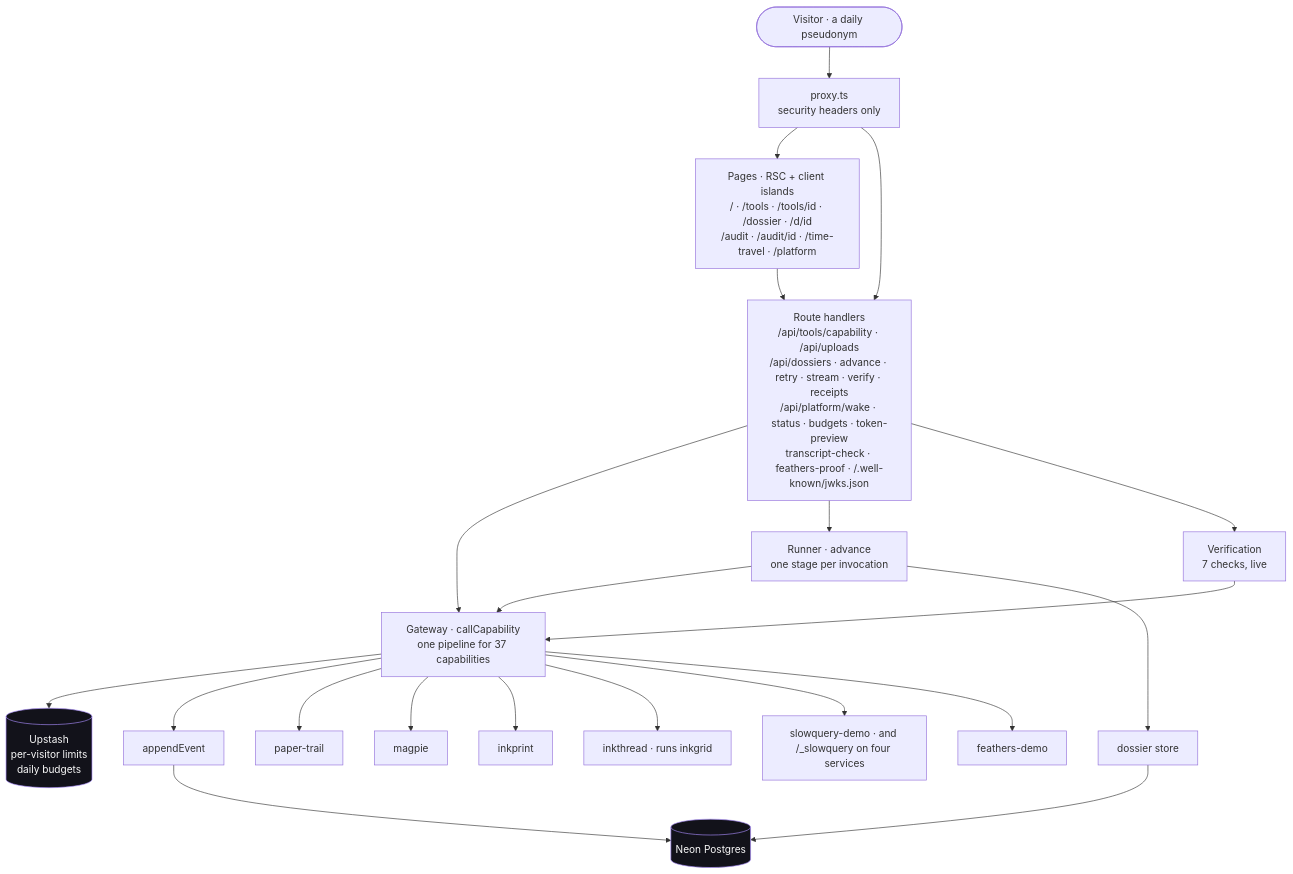
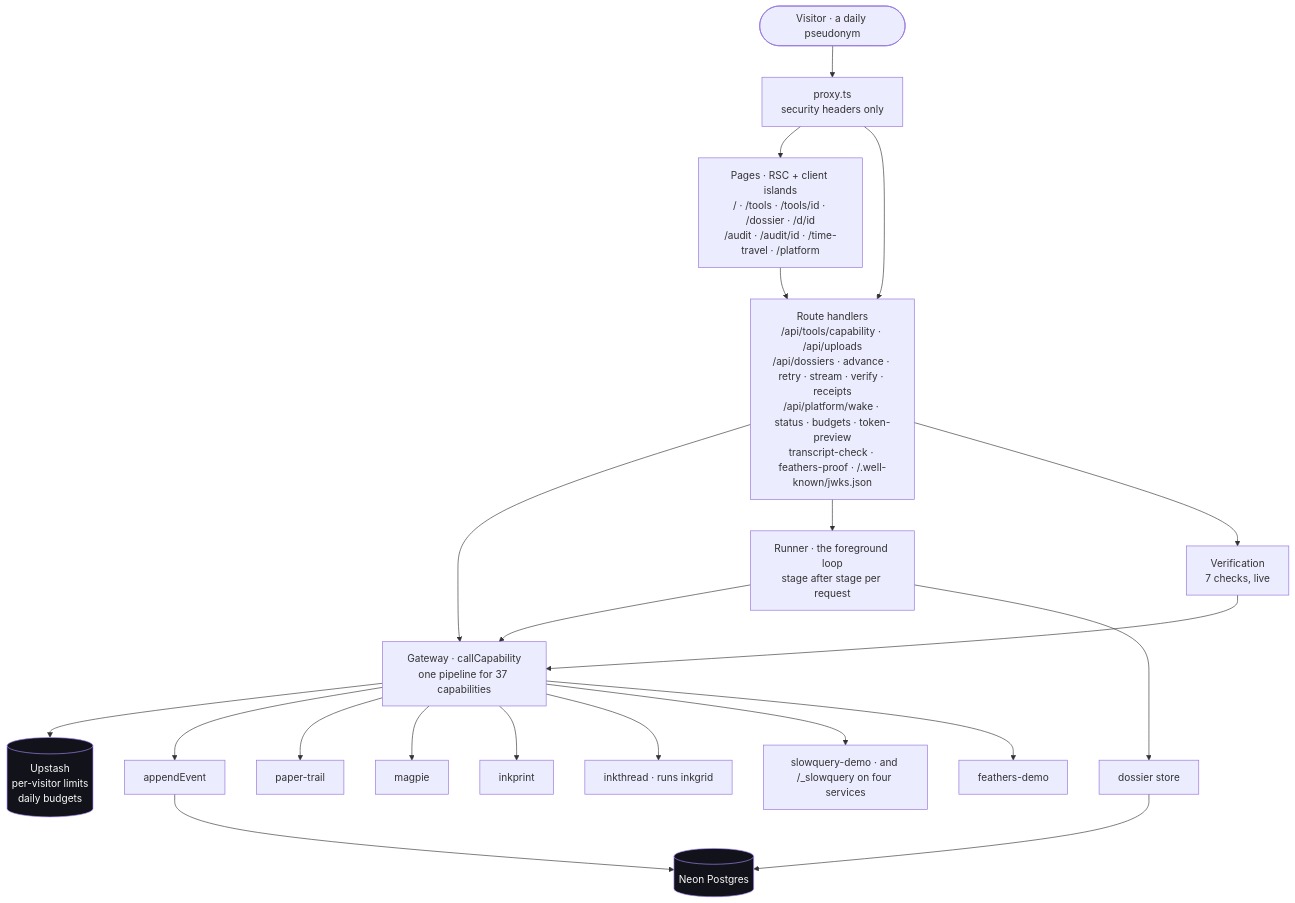
One commit to Abdul-Muizz1310/bastion changed the first of 5 diagrams in docs/ARCHITECTURE.md. Above: the diagram before and after it, drawn with Mermaid. The commit also changed other lines of this file and 2 other files, not shown here.

````diff
--- a/docs/ARCHITECTURE.md
+++ b/docs/ARCHITECTURE.md
@@ -11,29 +11,29 @@
 ```mermaid
 flowchart TD
     V([Visitor · a daily pseudonym]) --> Proxy[proxy.ts<br/>security headers only]
     Proxy --> Pages[Pages · RSC + client islands<br/>/ · /tools · /tools/id · /dossier · /d/id<br/>/audit · /audit/id · /time-travel · /platform]
     Proxy --> Routes[Route handlers<br/>/api/tools/capability · /api/uploads<br/>/api/dossiers · advance · retry · stream · verify · receipts<br/>/api/platform/wake · status · budgets · token-preview<br/>transcript-check · feathers-proof · /.well-known/jwks.json]
     Pages --> Routes
 
     Routes --> GW[Gateway · callCapability<br/>one pipeline for 37 capabilities]
-    Routes --> Runner[Runner · advance<br/>one stage per invocation]
+    Routes --> Runner[Runner · the foreground loop<br/>stage after stage per request]
     Runner --> GW
     Routes --> Verify[Verification<br/>7 checks, live]
     Verify --> GW
 
     GW --> RL[(Upstash<br/>per-visitor limits<br/>daily budgets)]
     GW --> Audit[appendEvent]
     Runner --> Store[dossier store]
     Audit --> DB[(Neon Postgres)]
     Store --> DB
 
     GW --> PT[paper-trail]
     GW --> MG[magpie]
     GW --> IP[inkprint]
     GW --> IT[inkthread · runs inkgrid]
     GW --> SQ[slowquery-demo · and /_slowquery on four services]
     GW --> FD[feathers-demo]
 
     style DB fill:#12121a,stroke:#a78bfa,color:#fafafa
     style RL fill:#12121a,stroke:#a78bfa,color:#fafafa
 ```
````
